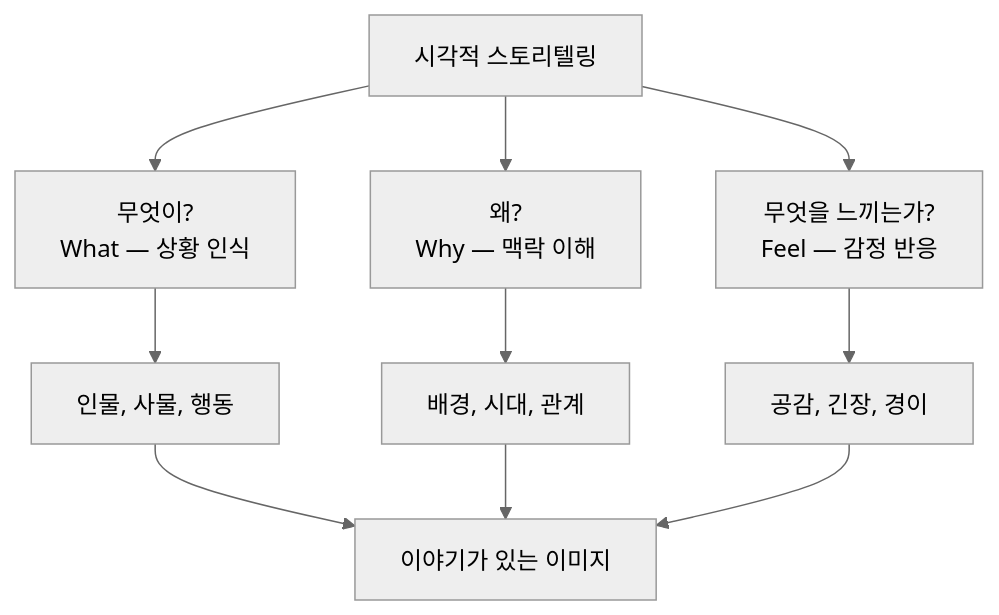
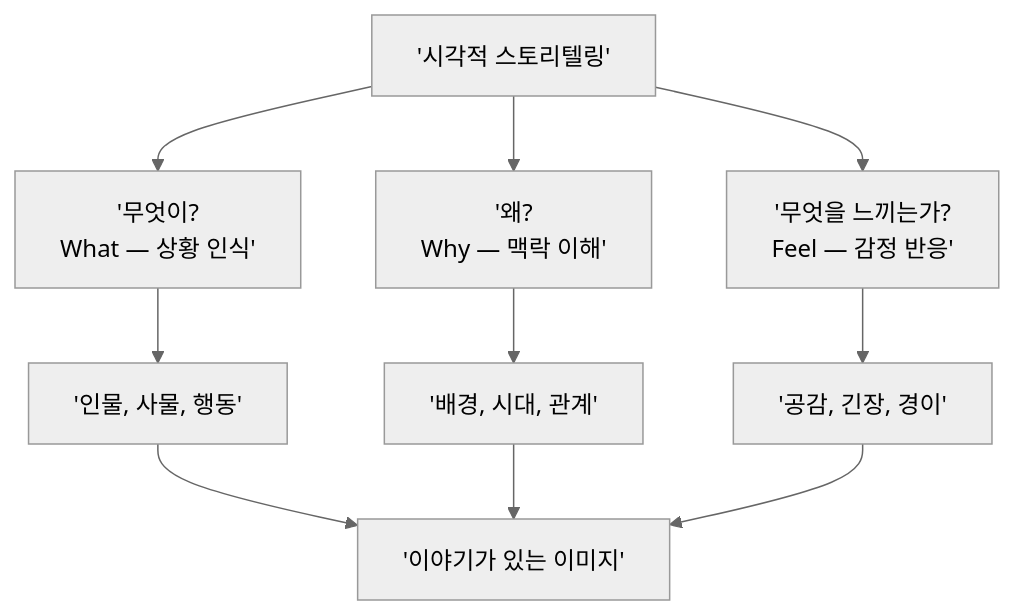
Before and after one commit to jsonpassion/forge-tutorial-promptcanvas: the first of 3 diagrams in 11-ch11-시각적-스토리텔링과-감정-전달/01-01-시각적-스토리텔링의-원리.md, drawn with Mermaid (neutral theme). The commit also changed other lines of this file and 63 other files, not shown here.

````diff
--- a/11-ch11-시각적-스토리텔링과-감정-전달/01-01-시각적-스토리텔링의-원리.md
+++ b/11-ch11-시각적-스토리텔링과-감정-전달/01-01-시각적-스토리텔링의-원리.md
@@ -41,12 +17,12 @@
 ```mermaid
 flowchart TD
-    A["시각적 스토리텔링"] --> B["무엇이?<br/>What — 상황 인식"]
-    A --> C["왜?<br/>Why — 맥락 이해"]
-    A --> D["무엇을 느끼는가?<br/>Feel — 감정 반응"]
-    B --> E["인물, 사물, 행동"]
-    C --> F["배경, 시대, 관계"]
-    D --> G["공감, 긴장, 경이"]
-    E --> H["이야기가 있는 이미지"]
+    A['시각적 스토리텔링'] --> B['무엇이?<br/>What — 상황 인식']
+    A --> C['왜?<br/>Why — 맥락 이해']
+    A --> D['무엇을 느끼는가?<br/>Feel — 감정 반응']
+    B --> E['인물, 사물, 행동']
+    C --> F['배경, 시대, 관계']
+    D --> G['공감, 긴장, 경이']
+    E --> H['이야기가 있는 이미지']
     F --> H
     G --> H
 ```
````
